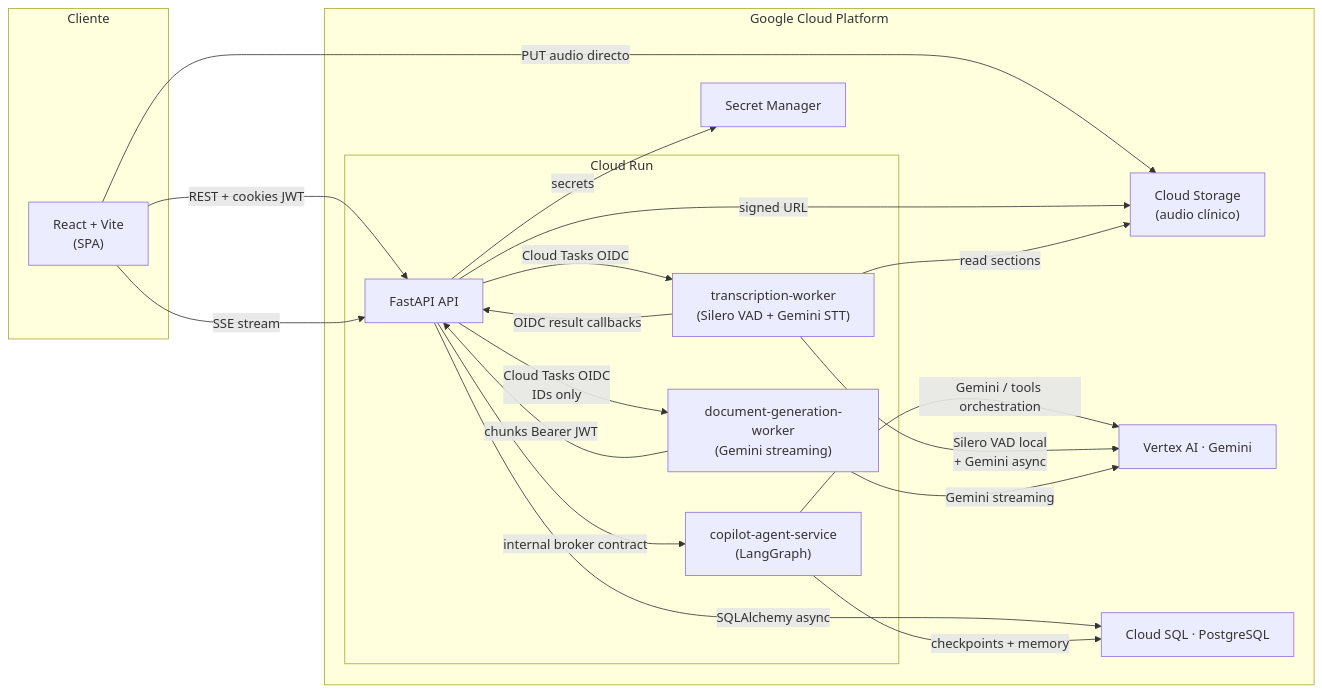
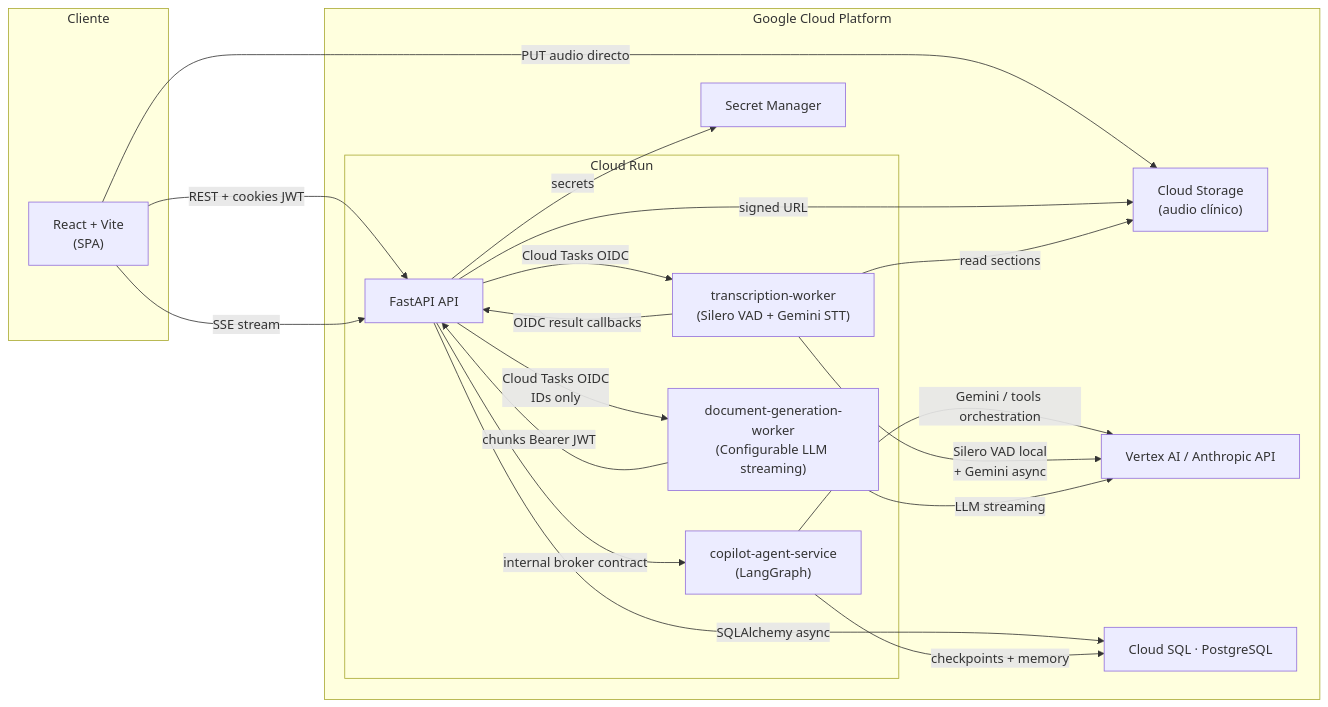
One commit to Jmoreno844/medical-ai-webapp changed the first of 3 diagrams in docs/architecture/system-overview.md. Above: the diagram before and after it, drawn with Mermaid. The commit also changed other lines of this file and 120 other files, not shown here.

````diff
--- a/docs/architecture/system-overview.md
+++ b/docs/architecture/system-overview.md
@@ -10,40 +10,40 @@
 ```mermaid
 graph LR
     subgraph client ["Cliente"]
         Browser["React + Vite\n(SPA)"]
     end
 
     subgraph gcp ["Google Cloud Platform"]
         subgraph backend_run ["Cloud Run"]
             Backend["FastAPI API"]
             Worker["transcription-worker\n(Silero VAD + Gemini STT)"]
-            DocWorker["document-generation-worker\n(Gemini streaming)"]
+            DocWorker["document-generation-worker\n(Configurable LLM streaming)"]
             Copilot["copilot-agent-service\n(LangGraph)"]
         end
         GCS["Cloud Storage\n(audio clínico)"]
-        Vertex["Vertex AI · Gemini"]
+        LLMProviders["Vertex AI / Anthropic API"]
         PG["Cloud SQL · PostgreSQL"]
         SM["Secret Manager"]
     end
 
     Browser -->|"REST + cookies JWT"| Backend
     Browser -->|"PUT audio directo"| GCS
     Browser -->|"SSE stream"| Backend
 
     Backend -->|"SQLAlchemy async"| PG
     Backend -->|"signed URL"| GCS
     Backend -->|"Cloud Tasks OIDC\nIDs only"| DocWorker
     Backend -->|"internal broker contract"| Copilot
     Backend -->|"secrets"| SM
 
     Copilot -->|"checkpoints + memory"| PG
-    Copilot -->|"Gemini / tools orchestration"| Vertex
+    Copilot -->|"Gemini / tools orchestration"| LLMProviders
 
     Backend -->|"Cloud Tasks OIDC"| Worker
     Worker -->|"read sections"| GCS
-    Worker -->|"Silero VAD local\n+ Gemini async"| Vertex
+    Worker -->|"Silero VAD local\n+ Gemini async"| LLMProviders
     Worker -->|"OIDC result callbacks"| Backend
 
-    DocWorker -->|"Gemini streaming"| Vertex
+    DocWorker -->|"LLM streaming"| LLMProviders
     DocWorker -->|"chunks Bearer JWT"| Backend
 ```
````
